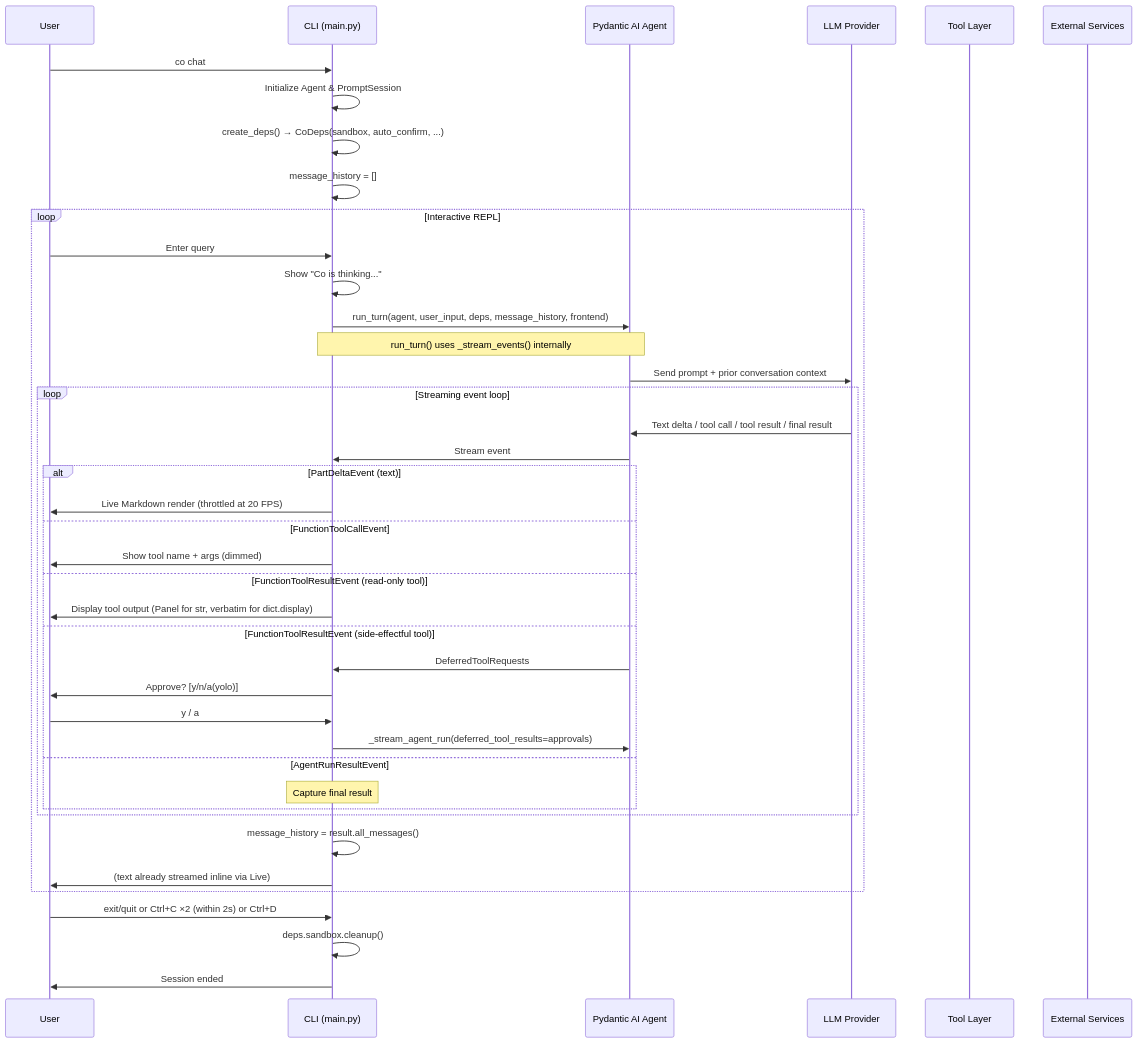
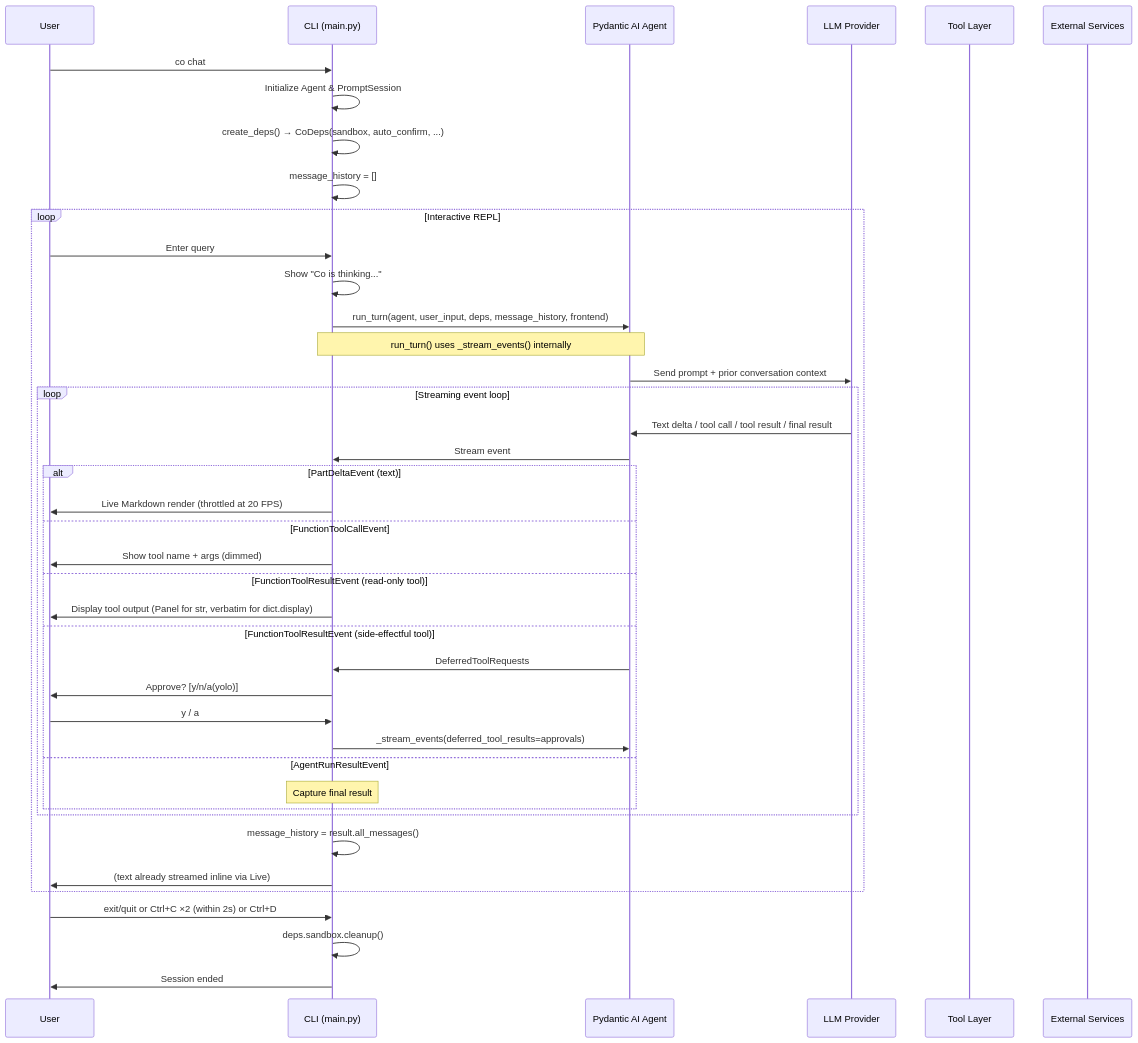
Before and after one commit to binlecode/co-cli: the second of 3 diagrams in docs/DESIGN-02-chat-loop.md, drawn with Mermaid. The commit also changed other lines of this file and 13 other files, not shown here.

````diff
--- a/docs/DESIGN-02-chat-loop.md
+++ b/docs/DESIGN-02-chat-loop.md
@@ -54,49 +54,49 @@
 ```mermaid
 sequenceDiagram
     participant User
     participant CLI as CLI (main.py)
     participant Agent as Pydantic AI Agent
     participant LLM as LLM Provider
     participant Tools as Tool Layer
     participant External as External Services
 
     User->>CLI: co chat
     CLI->>CLI: Initialize Agent & PromptSession
     CLI->>CLI: create_deps() → CoDeps(sandbox, auto_confirm, ...)
     CLI->>CLI: message_history = []
 
     loop Interactive REPL
         User->>CLI: Enter query
         CLI->>CLI: Show "Co is thinking..."
         CLI->>Agent: run_turn(agent, user_input, deps, message_history, frontend)
         Note over CLI,Agent: run_turn() uses _stream_events() internally
         Agent->>LLM: Send prompt + prior conversation context
 
         loop Streaming event loop
             LLM->>Agent: Text delta / tool call / tool result / final result
             Agent->>CLI: Stream event
 
             alt PartDeltaEvent (text)
                 CLI->>User: Live Markdown render (throttled at 20 FPS)
             else FunctionToolCallEvent
                 CLI->>User: Show tool name + args (dimmed)
             else FunctionToolResultEvent (read-only tool)
                 CLI->>User: Display tool output (Panel for str, verbatim for dict.display)
             else FunctionToolResultEvent (side-effectful tool)
                 Agent->>CLI: DeferredToolRequests
                 CLI->>User: Approve? [y/n/a(yolo)]
                 User->>CLI: y / a
-                CLI->>Agent: _stream_agent_run(deferred_tool_results=approvals)
+                CLI->>Agent: _stream_events(deferred_tool_results=approvals)
             else AgentRunResultEvent
                 Note over CLI: Capture final result
             end
         end
 
         CLI->>CLI: message_history = result.all_messages()
         CLI->>User: (text already streamed inline via Live)
     end
 
     User->>CLI: exit/quit or Ctrl+C ×2 (within 2s) or Ctrl+D
     CLI->>CLI: deps.sandbox.cleanup()
     CLI->>User: Session ended
 ```
````
